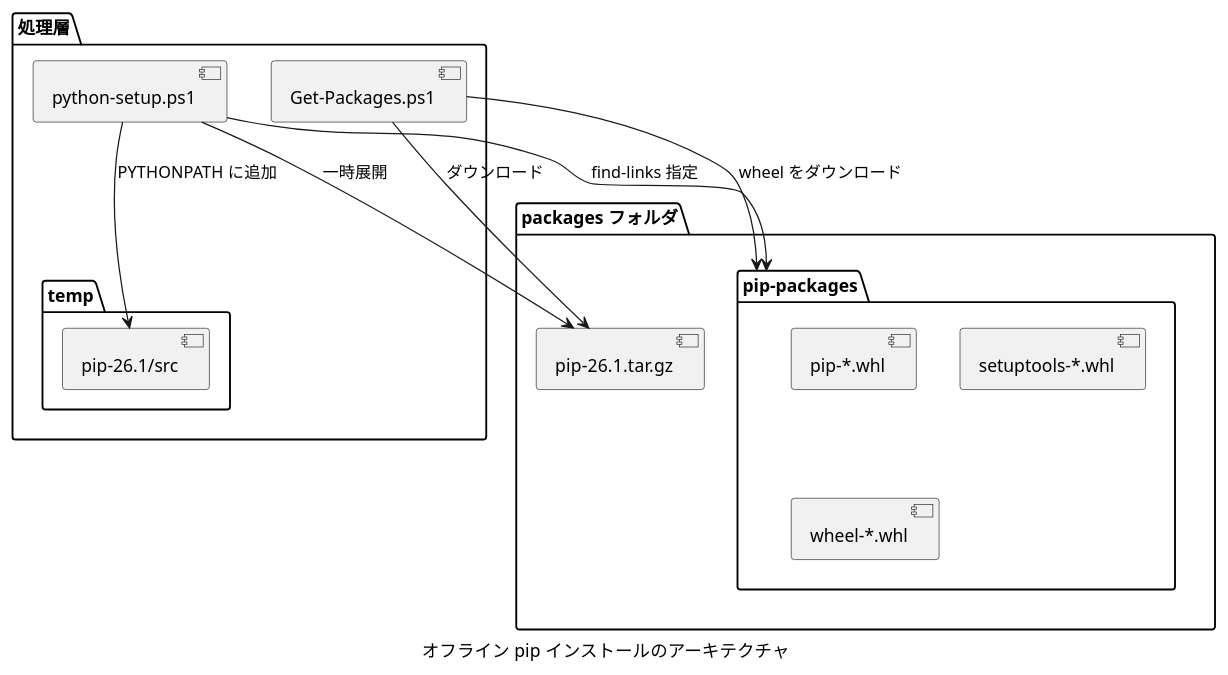
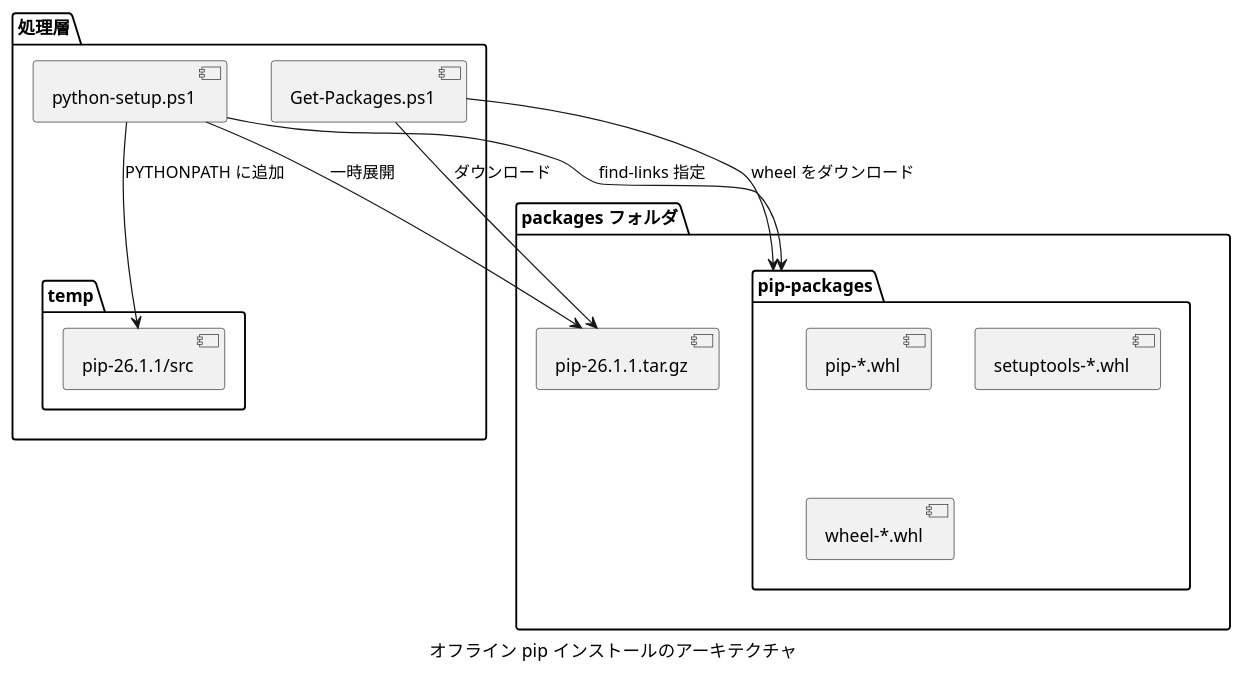
The first of 4 diagrams in docs-src/offline-pip-design.md (Hondarer/devbin-win), drawn with PlantUML before and after one commit. The commit also changed other lines of this file and 3 other files, not shown here.

````diff
--- a/docs-src/offline-pip-design.md
+++ b/docs-src/offline-pip-design.md
@@ -18,27 +18,27 @@
 ```plantuml
 @startuml オフライン pip インストールのアーキテクチャ
 caption オフライン pip インストールのアーキテクチャ
 package "packages フォルダ" {
-  [pip-26.1.tar.gz]
+  [pip-26.1.1.tar.gz]
   folder "pip-packages" {
     [pip-*.whl]
     [setuptools-*.whl]
     [wheel-*.whl]
   }
 }
 
 package "処理層" {
   [Get-Packages.ps1] as getpkg
   [python-setup.ps1] as pysetup
   folder "temp" {
-    [pip-26.1/src]
+    [pip-26.1.1/src]
   }
 }
 
-getpkg --> [pip-26.1.tar.gz] : ダウンロード
+getpkg --> [pip-26.1.1.tar.gz] : ダウンロード
 getpkg --> [pip-packages] : wheel をダウンロード
-pysetup --> [pip-26.1.tar.gz] : 一時展開
-pysetup --> [pip-26.1/src] : PYTHONPATH に追加
+pysetup --> [pip-26.1.1.tar.gz] : 一時展開
+pysetup --> [pip-26.1.1/src] : PYTHONPATH に追加
 pysetup --> [pip-packages] : find-links 指定
 @enduml
 ```
````
